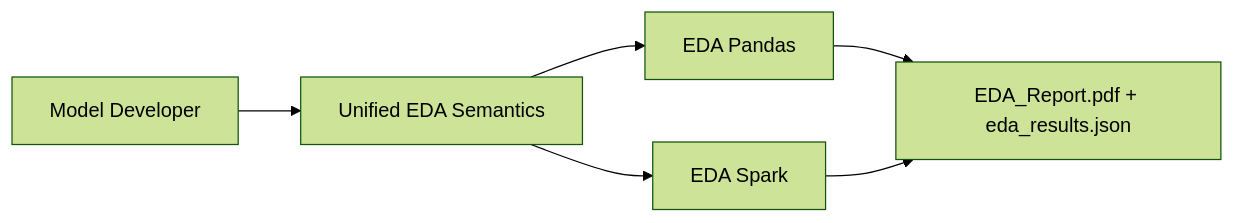
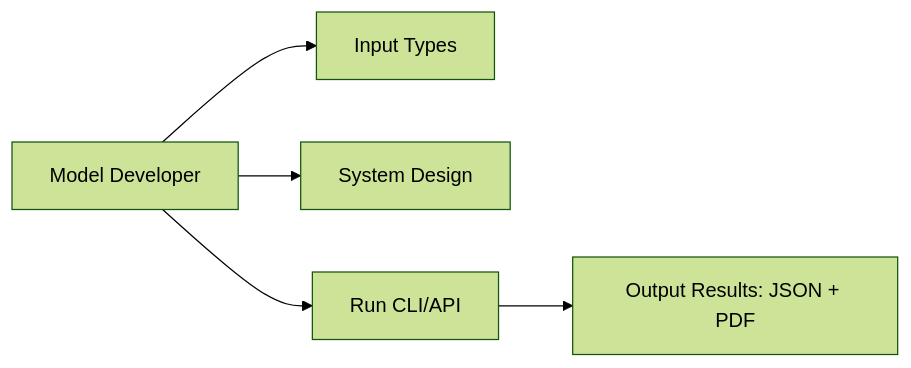
The diagram in notebooklm_sources/00_overview.md (FeliciaLiuLiu/model_agent_ai_agent), drawn with Mermaid (forest theme) before and after one commit. The commit also changed other lines of this file and 8 other files, not shown here.

Commit message:
docs: refocus notebooklm sources on input design usage and results

````diff
--- a/notebooklm_sources/00_overview.md
+++ b/notebooklm_sources/00_overview.md
@@ -40,8 +54,7 @@
 ```mermaid
 flowchart LR
-  U[Model Developer] --> C[Unified EDA Semantics]
-  C --> P[EDA Pandas]
-  C --> S[EDA Spark]
-  P --> O[EDA_Report.pdf + eda_results.json]
-  S --> O
+  U[Model Developer] --> I[Input Types]
+  U --> D[System Design]
+  U --> R[Run CLI/API]
+  R --> O[Output Results: JSON + PDF]
 ```
````
